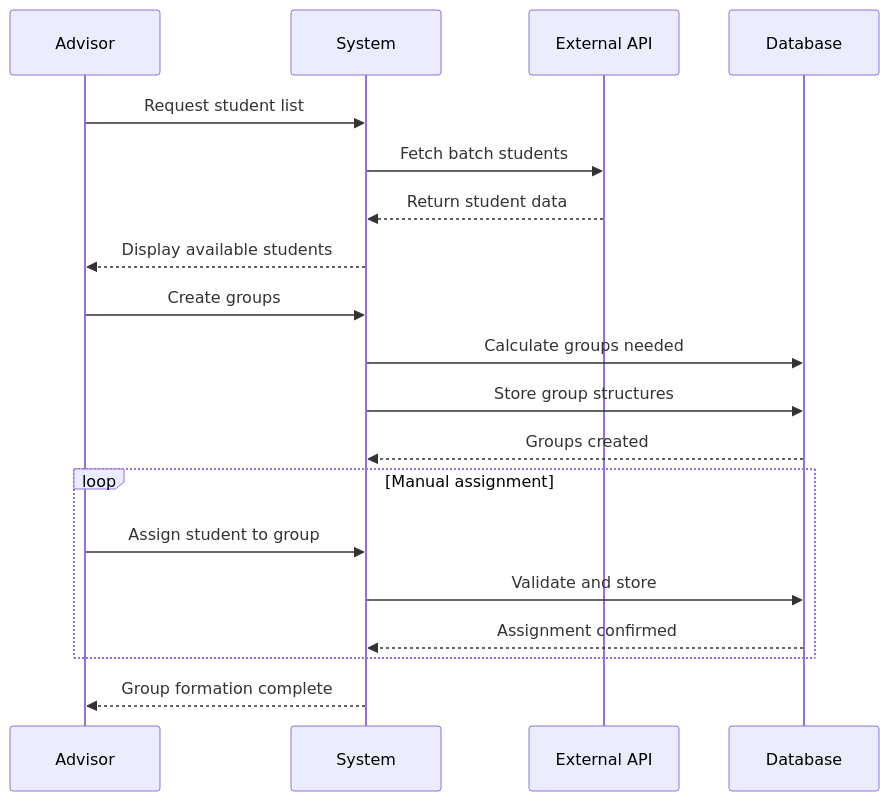
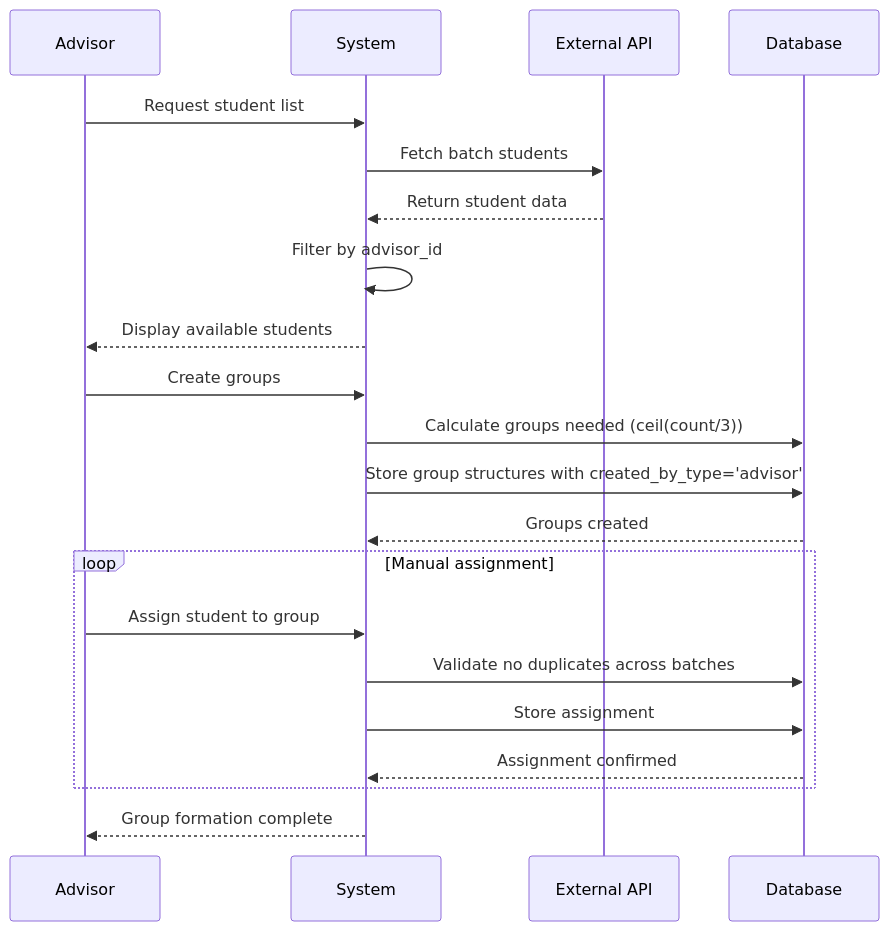
Diagram 20 of 42 in sequence.md (abdullah2323442/thesisrepo-backup), drawn with Mermaid before and after one commit. The commit also changed other lines of this file, not shown here.

````diff
--- a/sequence.md
+++ b/sequence.md
@@ -443,25 +519,27 @@
 ```mermaid
 sequenceDiagram
     participant Advisor
     participant System
     participant External API
     participant Database
 
     Advisor->>System: Request student list
     System->>External API: Fetch batch students
     External API-->>System: Return student data
+    System->>System: Filter by advisor_id
     System-->>Advisor: Display available students
     
     Advisor->>System: Create groups
-    System->>Database: Calculate groups needed
-    System->>Database: Store group structures
+    System->>Database: Calculate groups needed (ceil(count/3))
+    System->>Database: Store group structures with created_by_type='advisor'
     Database-->>System: Groups created
     
     loop Manual assignment
         Advisor->>System: Assign student to group
-        System->>Database: Validate and store
+        System->>Database: Validate no duplicates across batches
+        System->>Database: Store assignment
         Database-->>System: Assignment confirmed
     end
     
     System-->>Advisor: Group formation complete
 ```
````
